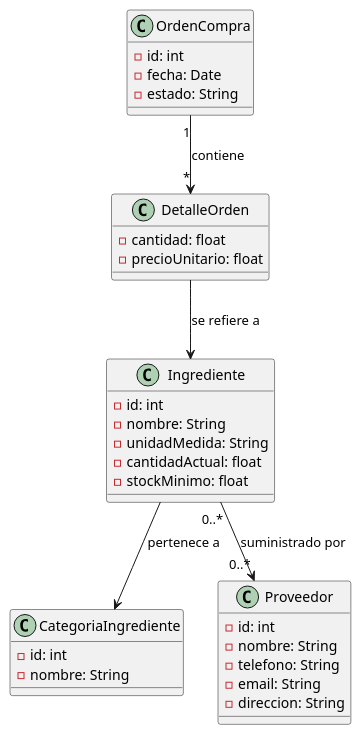
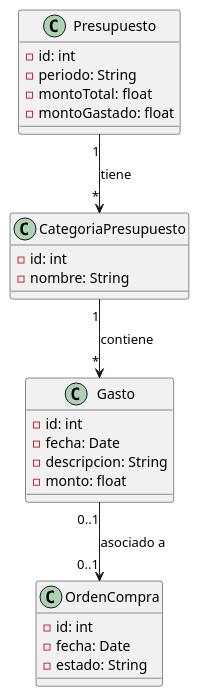
The diagram in entregas/atecaAlejandro/reto-001/Presupuesto.puml (mmasias/25-26-IDSW1), drawn with PlantUML before and after one commit.

Commit message:
Presupuesto

```diff
--- a/entregas/atecaAlejandro/reto-001/Presupuesto.puml
+++ b/entregas/atecaAlejandro/reto-001/Presupuesto.puml
@@ -1,41 +1,32 @@
 @startuml
-' Definición de clases
-class Ingrediente {
+
+class Presupuesto {
     - id: int
-    - nombre: String
-    - unidadMedida: String
-    - cantidadActual: float
-    - stockMinimo: float
+    - periodo: String
+    - montoTotal: float
+    - montoGastado: float
 }
 
-class CategoriaIngrediente {
+class CategoriaPresupuesto {
     - id: int
     - nombre: String
 }
 
-class Proveedor {
+class Gasto {
     - id: int
-    - nombre: String
-    - telefono: String
-    - email: String
-    - direccion: String
+    - fecha: Date
+    - descripcion: String
+    - monto: float
 }
 
 class OrdenCompra {
     - id: int
     - fecha: Date
     - estado: String
 }
 
-class DetalleOrden {
-    - cantidad: float
-    - precioUnitario: float
-}
-
-' Relaciones
-Ingrediente --> CategoriaIngrediente : pertenece a
-Ingrediente "0..*" --> "0..*" Proveedor : suministrado por
-OrdenCompra "1" --> "*" DetalleOrden : contiene
-DetalleOrden --> Ingrediente : se refiere a
+Presupuesto "1" --> "*" CategoriaPresupuesto : tiene
+CategoriaPresupuesto "1" --> "*" Gasto : contiene
+Gasto "0..1" --> "0..1" OrdenCompra : asociado a
 
 @enduml
```
